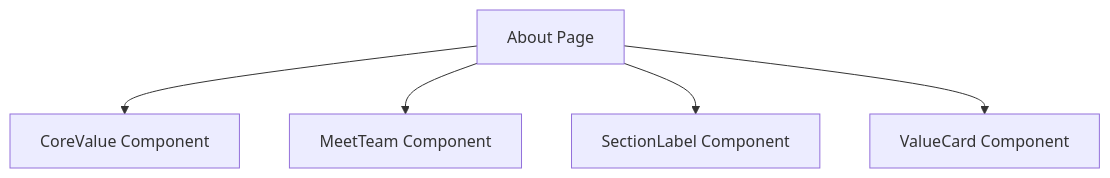
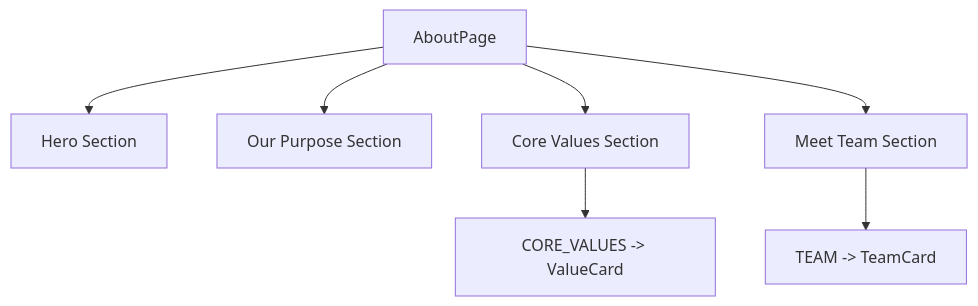
Before and after one commit to Aradhana-Platform/kohamar-aradhanaplatform.com: the diagram in docs/app/about/page.tsx.md, drawn with Mermaid. The commit also changed other lines of this file and 53 other files, not shown here.

````diff
--- a/docs/app/about/page.tsx.md
+++ b/docs/app/about/page.tsx.md
@@ -28,7 +54,9 @@
 ```mermaid
 flowchart TD
-A[About Page] --> B[CoreValue Component]
-A --> C[MeetTeam Component]
-A --> D[SectionLabel Component]
-A --> E[ValueCard Component]
+    A[AboutPage] --> B[Hero Section]
+    A --> C[Our Purpose Section]
+    A --> D[Core Values Section]
+    A --> E[Meet Team Section]
+    D --> F[CORE_VALUES -> ValueCard]
+    E --> G[TEAM -> TeamCard]
 ```
````
